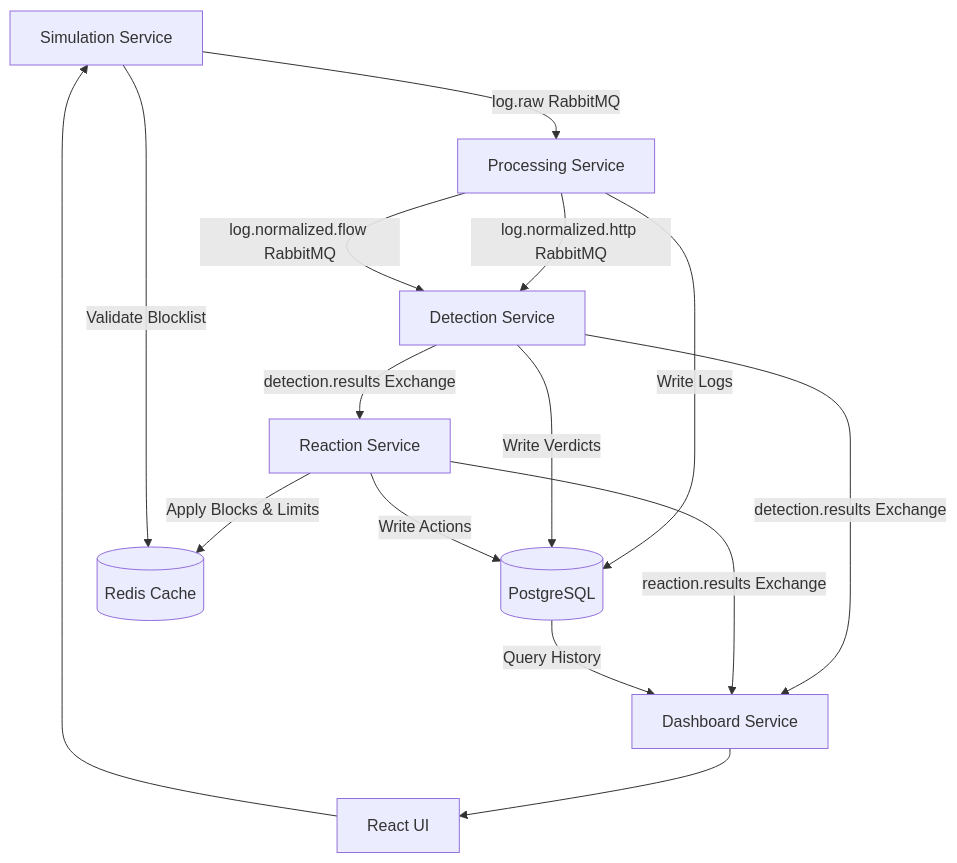
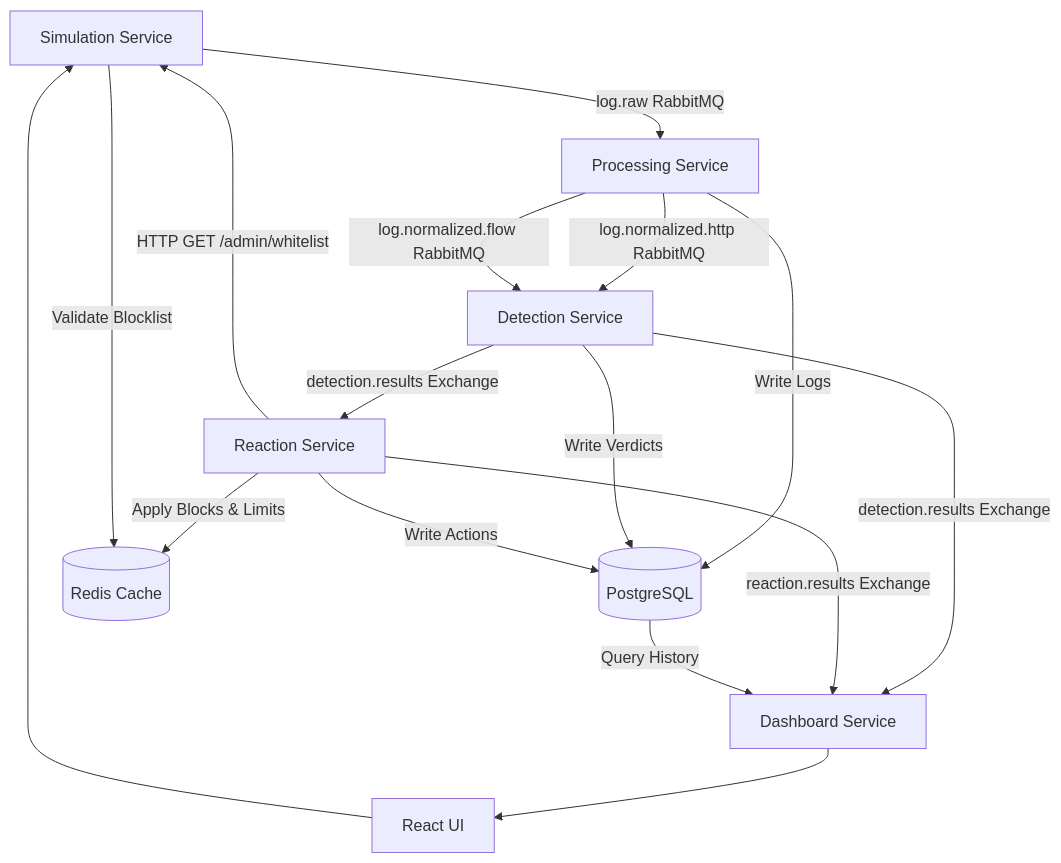
The diagram in docs/Architecture.md (nvh12/log-analyzer), drawn with Mermaid before and after one commit. The commit also changed other lines of this file and 89 other files, not shown here.

````diff
--- a/docs/Architecture.md
+++ b/docs/Architecture.md
@@ -96,17 +96,18 @@
 ```mermaid
 graph TD
     Sim[Simulation Service] -->|log.raw RabbitMQ| Proc[Processing Service]
     Proc -->|log.normalized.http RabbitMQ| Det[Detection Service]
     Proc -->|log.normalized.flow RabbitMQ| Det
     Proc -->|Write Logs| DB[(PostgreSQL)]
     Det -->|detection.results Exchange| React[Reaction Service]
     Det -->|detection.results Exchange| Dash[Dashboard Service]
     Det -->|Write Verdicts| DB
     React -->|reaction.results Exchange| Dash
     React -->|Apply Blocks & Limits| Redis[(Redis Cache)]
     React -->|Write Actions| DB
+    React -->|HTTP GET /admin/whitelist| Sim
     Sim -->|Validate Blocklist| Redis
     Dash --> FE[React UI]
     FE --> Sim
     DB -->|Query History| Dash
 ```
````
